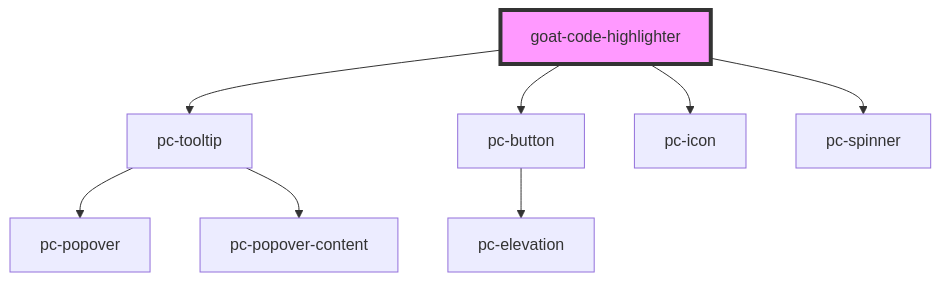
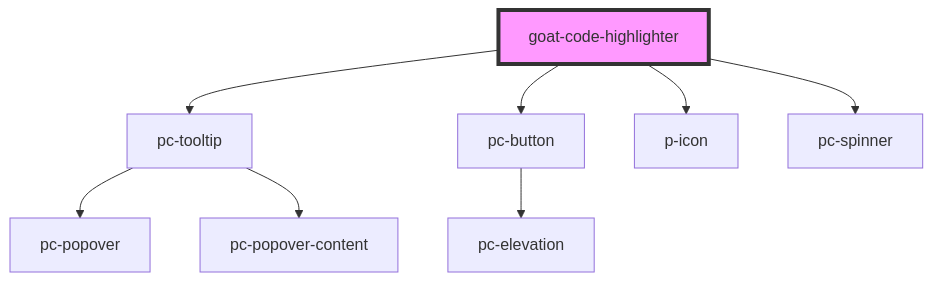
Before and after one commit to redvars/peacock: the diagram in src/components/application/code-highlighter/readme.md, drawn with Mermaid. The commit also changed other lines of this file and 94 other files, not shown here.

````diff
--- a/src/components/application/code-highlighter/readme.md
+++ b/src/components/application/code-highlighter/readme.md
@@ -30,11 +30,11 @@
 ```mermaid
 graph TD;
   goat-code-highlighter --> pc-tooltip
   goat-code-highlighter --> pc-button
-  goat-code-highlighter --> pc-icon
+  goat-code-highlighter --> p-icon
   goat-code-highlighter --> pc-spinner
   pc-tooltip --> pc-popover
   pc-tooltip --> pc-popover-content
   pc-button --> pc-elevation
   style goat-code-highlighter fill:#f9f,stroke:#333,stroke-width:4px
 ```
````
